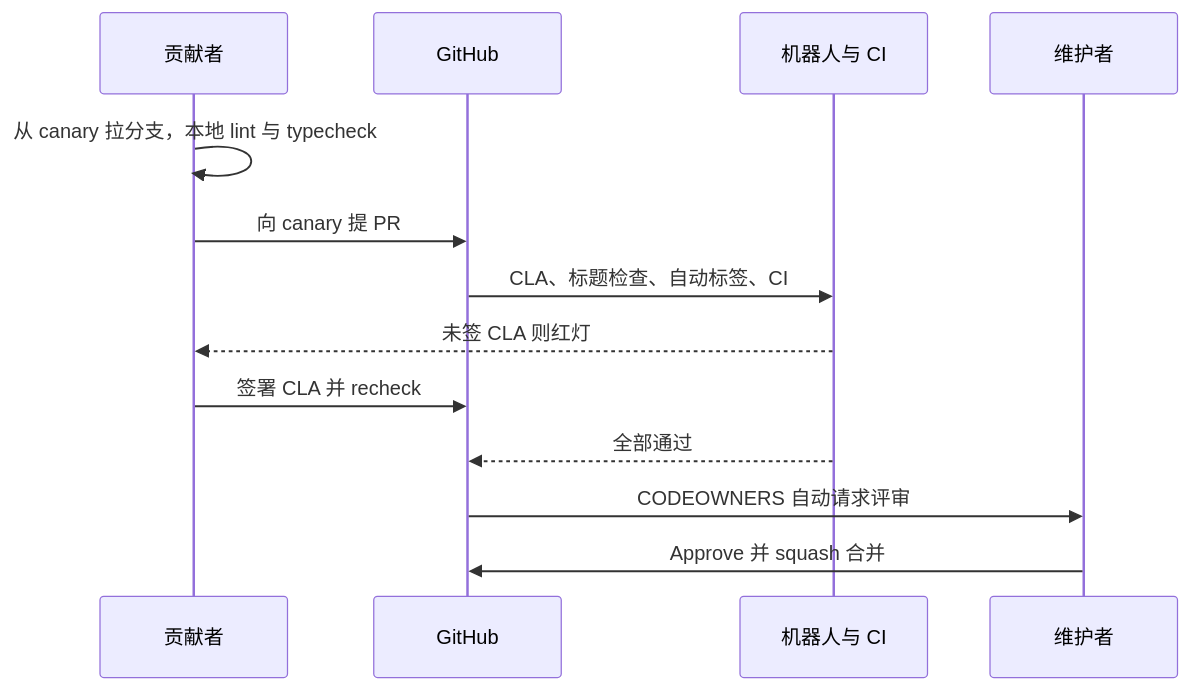
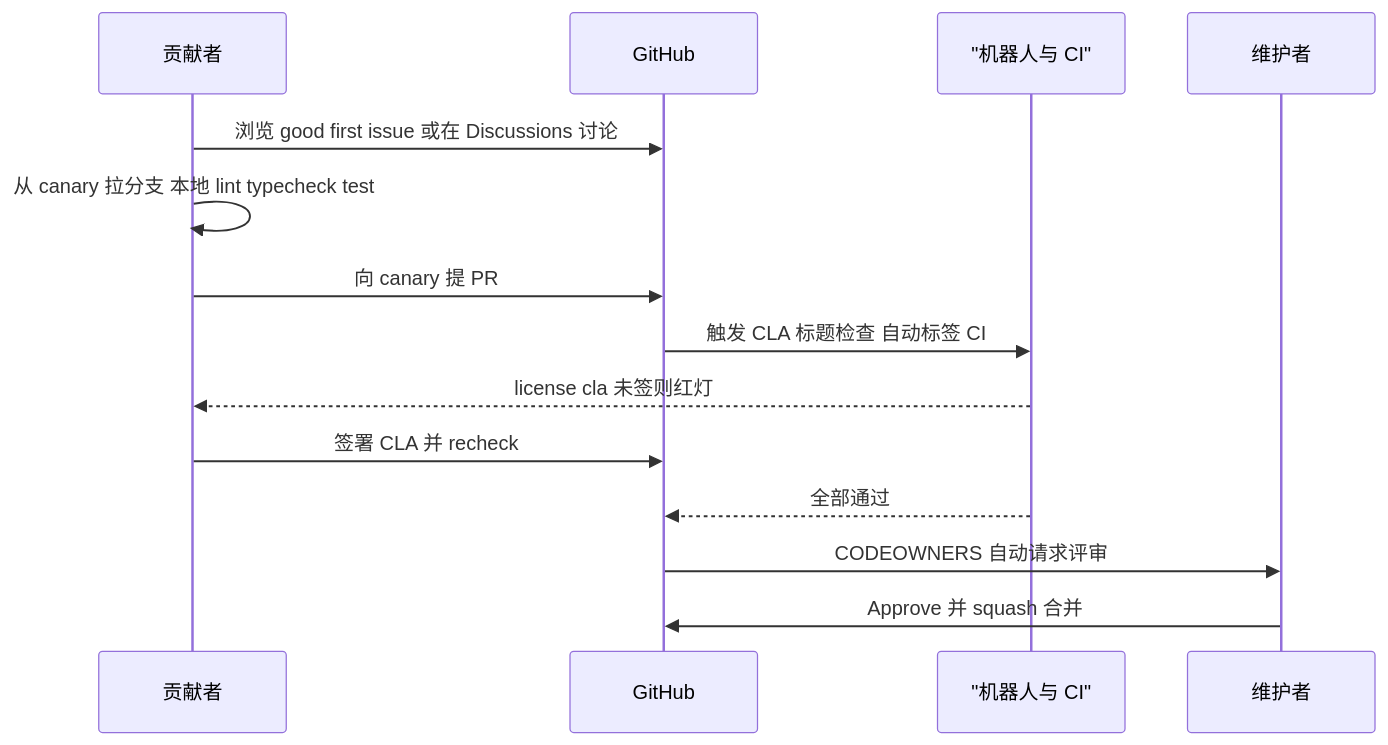
Before and after one commit to lfire/AFFiNE: the third of 5 diagrams in learning-guide/slides/decks/03.md, drawn with Mermaid. The commit also changed other lines of this file and 46 other files, not shown here.

````diff
--- a/learning-guide/slides/decks/03.md
+++ b/learning-guide/slides/decks/03.md
@@ -187,15 +194,16 @@
 ```mermaid
 sequenceDiagram
-    participant C as 贡献者
-    participant GH as GitHub
-    participant BOT as 机器人与 CI
-    participant M as 维护者
-    C->>C: 从 canary 拉分支，本地 lint 与 typecheck
-    C->>GH: 向 canary 提 PR
-    GH->>BOT: CLA、标题检查、自动标签、CI
-    BOT-->>C: 未签 CLA 则红灯
-    C->>GH: 签署 CLA 并 recheck
-    BOT-->>GH: 全部通过
-    GH->>M: CODEOWNERS 自动请求评审
-    M->>GH: Approve 并 squash 合并
+  participant C as 贡献者
+  participant GH as GitHub
+  participant BOT as "机器人与 CI"
+  participant M as 维护者
+  C->>GH: 浏览 good first issue 或在 Discussions 讨论
+  C->>C: 从 canary 拉分支 本地 lint typecheck test
+  C->>GH: 向 canary 提 PR
+  GH->>BOT: 触发 CLA 标题检查 自动标签 CI
+  BOT-->>C: license cla 未签则红灯
+  C->>GH: 签署 CLA 并 recheck
+  BOT-->>GH: 全部通过
+  GH->>M: CODEOWNERS 自动请求评审
+  M->>GH: Approve 并 squash 合并
 ```
````
